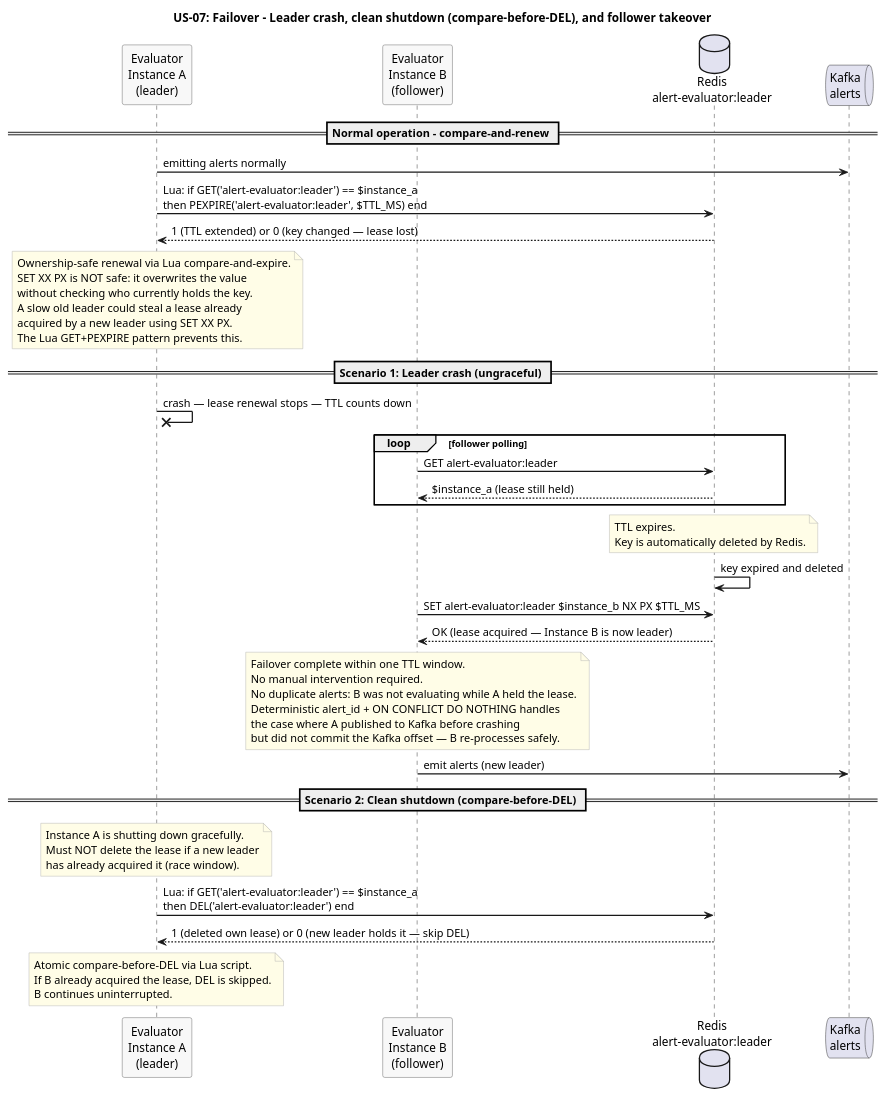
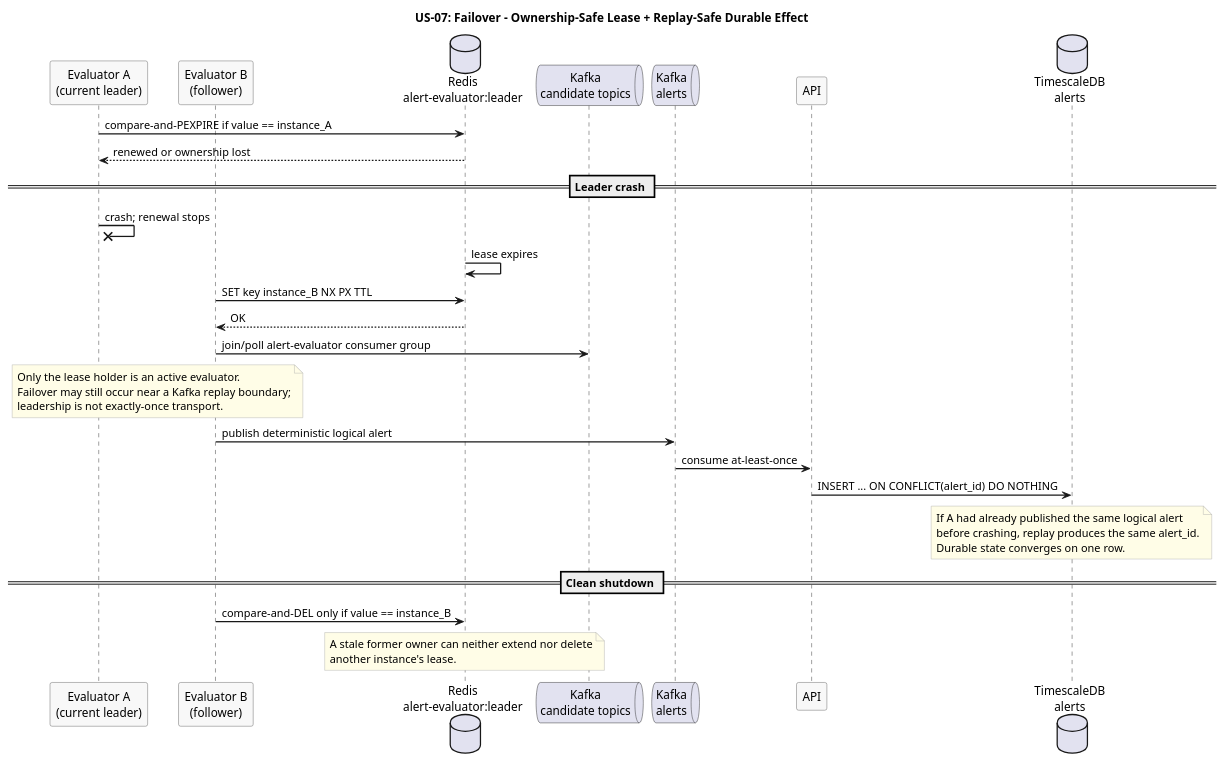
One commit to Buffden/sentinel changed the diagram in docs/use-cases/US-07-duplicate-free-alerts/failover.puml. Above: the diagram before and after it, drawn with PlantUML. The commit also changed 7 other files, not shown here.

Commit message:
docs: fix remaining diagram contract drift

```diff
--- a/docs/use-cases/US-07-duplicate-free-alerts/failover.puml
+++ b/docs/use-cases/US-07-duplicate-free-alerts/failover.puml
@@ -1,77 +1,52 @@
 @startuml failover
-title US-07: Failover - Leader crash, clean shutdown (compare-before-DEL), and follower takeover
+title US-07: Failover - Ownership-Safe Lease + Replay-Safe Durable Effect
 
 skinparam sequenceArrowThickness 1.5
 skinparam participantBorderColor #555555
 skinparam participantBackgroundColor #F8F8F8
 skinparam noteBorderColor #AAAAAA
 skinparam noteBackgroundColor #FFFDE7
 
-participant "Evaluator\nInstance A\n(leader)" as A
-participant "Evaluator\nInstance B\n(follower)" as B
+participant "Evaluator A\n(current leader)" as A
+participant "Evaluator B\n(follower)" as B
 database "Redis\nalert-evaluator:leader" as Redis
-queue "Kafka\nalerts" as Kafka
+queue "Kafka\ncandidate topics" as Candidates
+queue "Kafka\nalerts" as Alerts
+participant "API" as API
+database "TimescaleDB\nalerts" as TSDB
 
-== Normal operation - compare-and-renew ==
+A -> Redis : compare-and-PEXPIRE if value == instance_A
+Redis --> A : renewed or ownership lost
 
-A -> Kafka : emitting alerts normally
-A -> Redis : Lua: if GET('alert-evaluator:leader') == $instance_a\nthen PEXPIRE('alert-evaluator:leader', $TTL_MS) end
-Redis --> A : 1 (TTL extended) or 0 (key changed — lease lost)
+== Leader crash ==
+A ->x A : crash; renewal stops
+Redis -> Redis : lease expires
+B -> Redis : SET key instance_B NX PX TTL
+Redis --> B : OK
+B -> Candidates : join/poll alert-evaluator consumer group
 
-note over A
-  Ownership-safe renewal via Lua compare-and-expire.
-  SET XX PX is NOT safe: it overwrites the value
-  without checking who currently holds the key.
-  A slow old leader could steal a lease already
-  acquired by a new leader using SET XX PX.
-  The Lua GET+PEXPIRE pattern prevents this.
+note over A, B
+  Only the lease holder is an active evaluator.
+  Failover may still occur near a Kafka replay boundary;
+  leadership is not exactly-once transport.
 end note
 
-== Scenario 1: Leader crash (ungraceful) ==
+B -> Alerts : publish deterministic logical alert
+Alerts -> API : consume at-least-once
+API -> TSDB : INSERT ... ON CONFLICT(alert_id) DO NOTHING
 
-A ->x A : crash — lease renewal stops — TTL counts down
+note over TSDB
+  If A had already published the same logical alert
+  before crashing, replay produces the same alert_id.
+  Durable state converges on one row.
+end note
 
-loop follower polling
-  B -> Redis : GET alert-evaluator:leader
-  Redis --> B : $instance_a (lease still held)
-end
+== Clean shutdown ==
+B -> Redis : compare-and-DEL only if value == instance_B
 
 note over Redis
-  TTL expires.
-  Key is automatically deleted by Redis.
-end note
-
-Redis -> Redis : key expired and deleted
-
-B -> Redis : SET alert-evaluator:leader $instance_b NX PX $TTL_MS
-Redis --> B : OK (lease acquired — Instance B is now leader)
-
-note over B
-  Failover complete within one TTL window.
-  No manual intervention required.
-  No duplicate alerts: B was not evaluating while A held the lease.
-  Deterministic alert_id + ON CONFLICT DO NOTHING handles
-  the case where A published to Kafka before crashing
-  but did not commit the Kafka offset — B re-processes safely.
-end note
-
-B -> Kafka : emit alerts (new leader)
-
-== Scenario 2: Clean shutdown (compare-before-DEL) ==
-
-note over A
-  Instance A is shutting down gracefully.
-  Must NOT delete the lease if a new leader
-  has already acquired it (race window).
-end note
-
-A -> Redis : Lua: if GET('alert-evaluator:leader') == $instance_a\nthen DEL('alert-evaluator:leader') end
-Redis --> A : 1 (deleted own lease) or 0 (new leader holds it — skip DEL)
-
-note over A
-  Atomic compare-before-DEL via Lua script.
-  If B already acquired the lease, DEL is skipped.
-  B continues uninterrupted.
+  A stale former owner can neither extend nor delete
+  another instance's lease.
 end note
 
 @enduml
```
